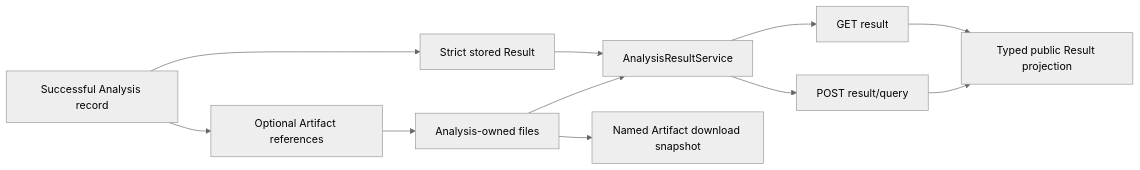
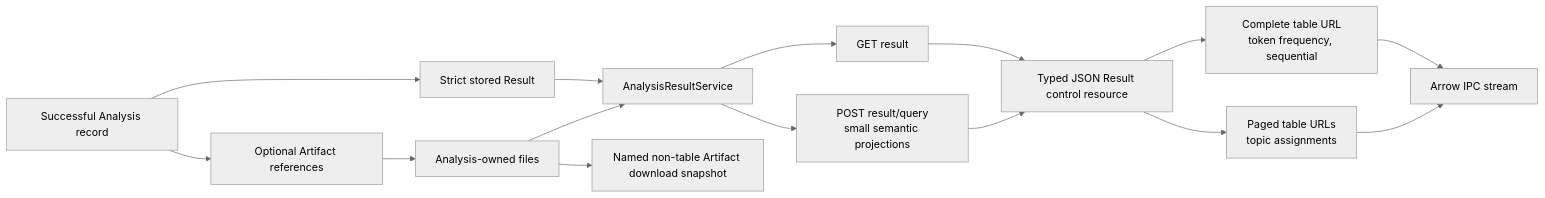
One commit to Australian-Text-Analytics-Platform/ldaca_web_app changed the second of 3 diagrams in docs/architecture/backend/analysis-data-flow.md. Above: the diagram before and after it, drawn with Mermaid (neutral theme). The commit also changed other lines of this file and 104 other files, not shown here.

Commit message:
feat(arrow): decode tabular IPC with Apache Arrow

````diff
--- a/docs/architecture/backend/analysis-data-flow.md
+++ b/docs/architecture/backend/analysis-data-flow.md
@@ -60,13 +60,17 @@
 ```mermaid
 flowchart LR
     RECORD["Successful Analysis record"] --> STORED["Strict stored Result"]
     RECORD --> REFS["Optional Artifact references"]
     REFS --> FILES["Analysis-owned files"]
     STORED --> SERVICE["AnalysisResultService"]
     FILES --> SERVICE
     SERVICE --> DEFAULT["GET result"]
-    SERVICE --> QUERY["POST result/query"]
-    DEFAULT --> PUBLIC["Typed public Result projection"]
+    SERVICE --> QUERY["POST result/query<br/>small semantic projections"]
+    DEFAULT --> PUBLIC["Typed JSON Result control resource"]
     QUERY --> PUBLIC
-    FILES --> DOWNLOAD["Named Artifact download snapshot"]
+    PUBLIC --> COMPLETE["Complete table URL<br/>token frequency, sequential"]
+    PUBLIC --> PAGED["Paged table URLs<br/>topic assignments"]
+    COMPLETE --> IPC["Arrow IPC stream"]
+    PAGED --> IPC
+    FILES --> DOWNLOAD["Named non-table Artifact download snapshot"]
 ```
````
